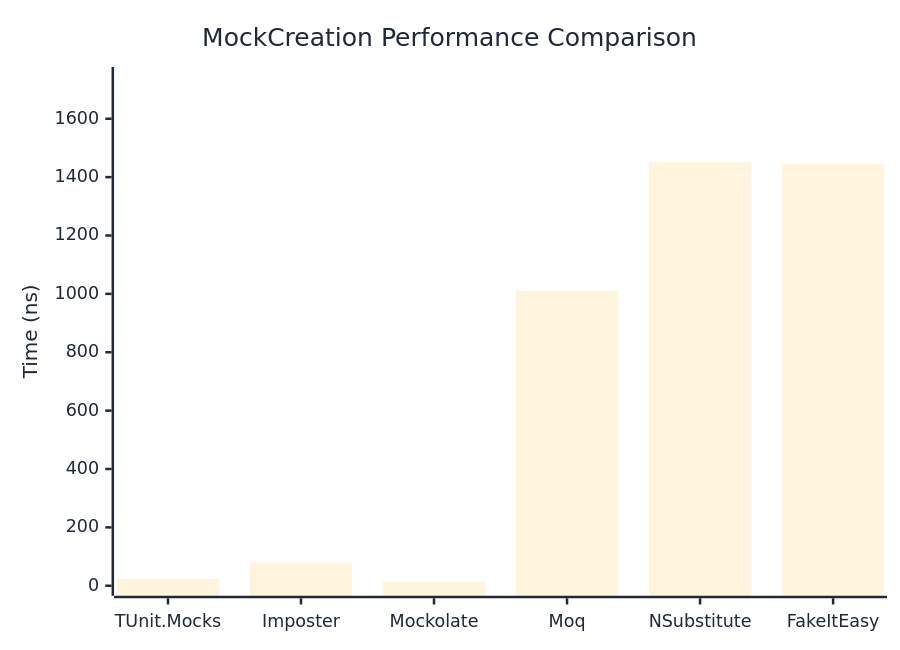
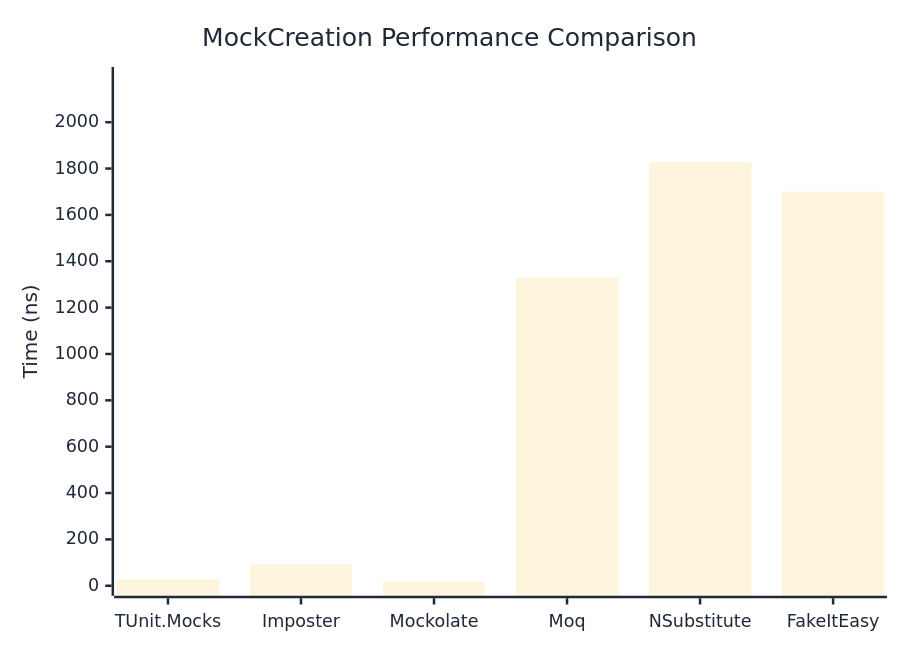
Before and after one commit to thomhurst/TUnit: the first of 2 diagrams in docs/docs/benchmarks/mocks/MockCreation.md, drawn with Mermaid. The commit also changed other lines of this file and 14 other files, not shown here.

````diff
--- a/docs/docs/benchmarks/mocks/MockCreation.md
+++ b/docs/docs/benchmarks/mocks/MockCreation.md
@@ -30,27 +30,27 @@
 ```mermaid
 %%{init: {
   'theme':'base',
   'themeVariables': {
     'primaryColor': '#2563eb',
     'primaryTextColor': '#1f2937',
     'primaryBorderColor': '#1e40af',
     'lineColor': '#6b7280',
     'secondaryColor': '#7c3aed',
     'tertiaryColor': '#dc2626',
     'background': '#ffffff',
     'pie1': '#2563eb',
     'pie2': '#7c3aed',
     'pie3': '#dc2626',
     'pie4': '#f59e0b',
     'pie5': '#10b981',
     'pie6': '#06b6d4',
     'pie7': '#ec4899',
     'pie8': '#6366f1'
   }
 }}%%
 xychart-beta
   title "MockCreation Performance Comparison"
   x-axis ["TUnit.Mocks", "Imposter", "Mockolate", "Moq", "NSubstitute", "FakeItEasy"]
-  y-axis "Time (ns)" 0 --> 1743
-  bar [23.4, 79.96, 13.99, 1010.23, 1452, 1445.48]
+  y-axis "Time (ns)" 0 --> 2195
+  bar [28.45, 93.01, 16.89, 1328.45, 1828.48, 1700.27]
 ```
````
